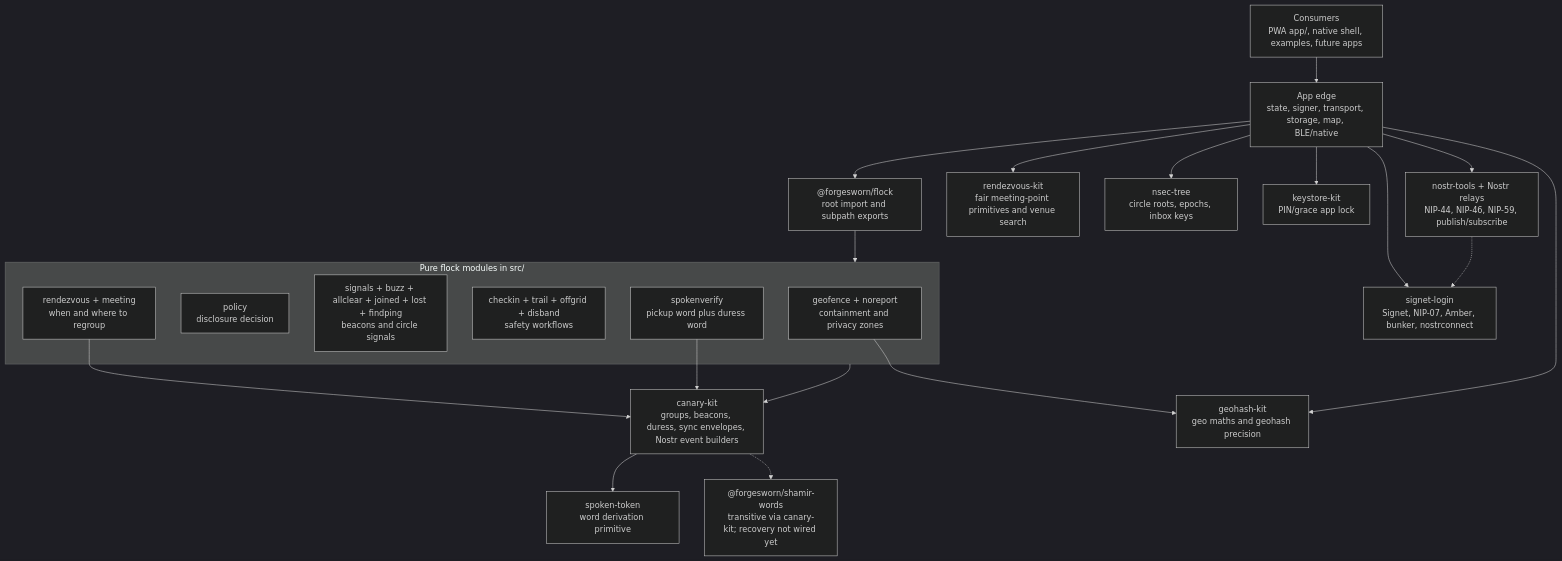
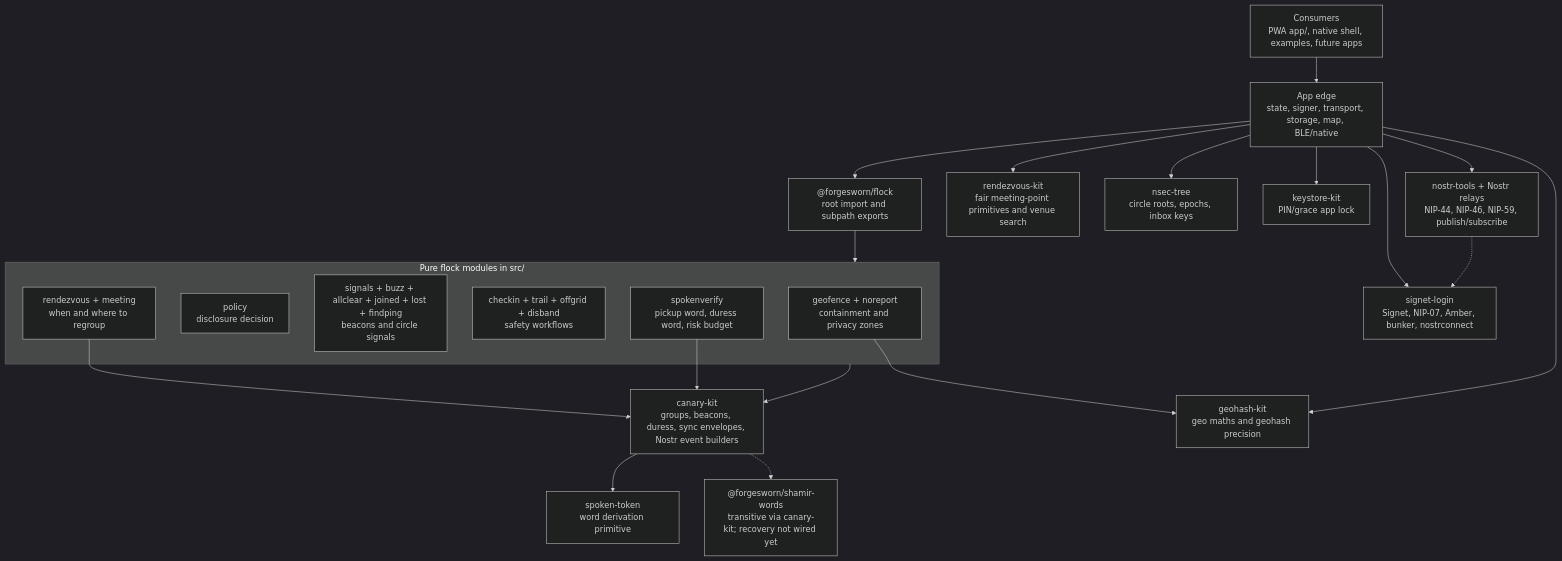
The diagram in docs/LIBRARY-STACK.md (forgesworn/flock), drawn with Mermaid (dark theme) before and after one commit. The commit also changed other lines of this file and 6 other files, not shown here.

Commit message:
feat: expose spoken verification risk budget

````diff
--- a/docs/LIBRARY-STACK.md
+++ b/docs/LIBRARY-STACK.md
@@ -23,45 +23,45 @@
 ```mermaid
 flowchart TB
   consumer["Consumers\nPWA app/, native shell, examples, future apps"]
   appEdge["App edge\nstate, signer, transport, storage, map, BLE/native"]
   flockPkg["@forgesworn/flock\nroot import and subpath exports"]
 
   subgraph modules["Pure flock modules in src/"]
     geofence["geofence + noreport\ncontainment and privacy zones"]
     policy["policy\ndisclosure decision"]
     signals["signals + buzz + allclear + joined + lost + findping\nbeacons and circle signals"]
     safety["checkin + trail + offgrid + disband\nsafety workflows"]
     meeting["rendezvous + meeting\nwhen and where to regroup"]
-    spoken["spokenverify\npickup word plus duress word"]
+    spoken["spokenverify\npickup word, duress word, risk budget"]
   end
 
   canary["canary-kit\ngroups, beacons, duress, sync envelopes, Nostr event builders"]
   spokenToken["spoken-token\nword derivation primitive"]
   shamir["@forgesworn/shamir-words\ntransitive via canary-kit; recovery not wired yet"]
   geohash["geohash-kit\ngeo maths and geohash precision"]
   rendezvous["rendezvous-kit\nfair meeting-point primitives and venue search"]
 
   signet["signet-login\nSignet, NIP-07, Amber, bunker, nostrconnect"]
   nsec["nsec-tree\ncircle roots, epochs, inbox keys"]
   keystore["keystore-kit\nPIN/grace app lock"]
   nostr["nostr-tools + Nostr relays\nNIP-44, NIP-46, NIP-59, publish/subscribe"]
 
   consumer --> appEdge
   appEdge --> flockPkg
   flockPkg --> modules
 
   modules --> canary
   canary --> spokenToken
   canary -.-> shamir
   geofence --> geohash
   meeting --> canary
   spoken --> canary
 
   appEdge --> signet
   appEdge --> nsec
   appEdge --> keystore
   appEdge --> nostr
   appEdge --> geohash
   appEdge --> rendezvous
   nostr -.-> signet
 ```
````
